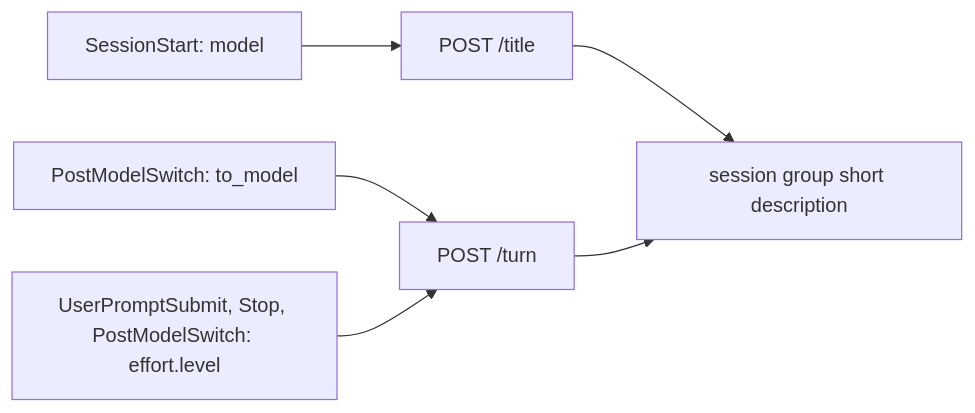
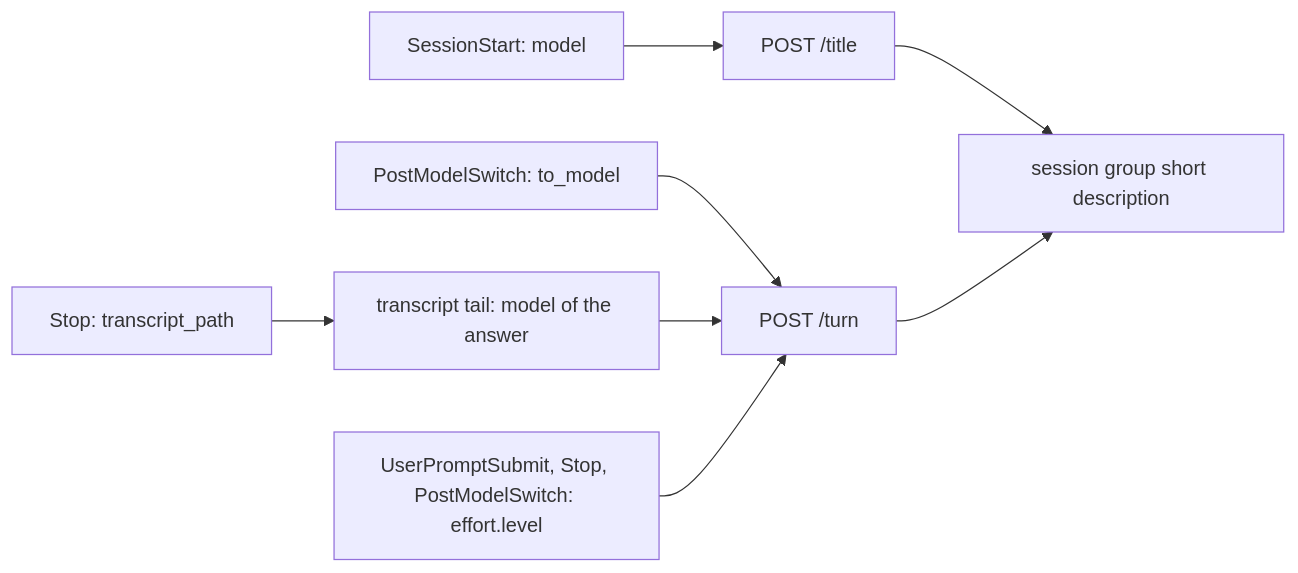
One commit to simplex-chat/simplex-chat changed the fourth of 27 diagrams in plans/2026-11-07-mcp-claude-code-channel.md. Above: the diagram before and after it, drawn with Mermaid. The commit also changed other lines of this file, not shown here.

Commit message:
plan: decision 31, the Stop hook sends the model of its answer

````diff
--- a/plans/2026-11-07-mcp-claude-code-channel.md
+++ b/plans/2026-11-07-mcp-claude-code-channel.md
@@ -314,8 +316,9 @@
 ```mermaid
 flowchart LR
   SS[SessionStart: model] --> T[POST /title]
   PM[PostModelSwitch: to_model] --> R[POST /turn]
+  SP[Stop: transcript_path] --> TR[transcript tail: model of the answer] --> R
   ST[UserPromptSubmit, Stop, PostModelSwitch: effort.level] --> R
   T --> D[session group short description]
   R --> D
 ```
````
